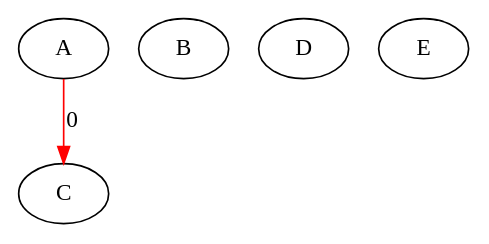
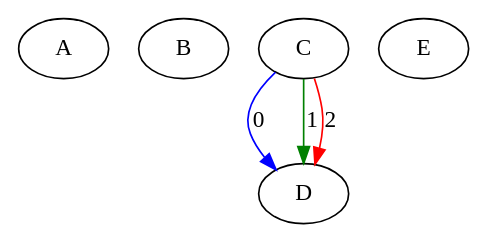
One commit to Hebbe1234/ExpectAll changed the diagram in src/assignedGraphs/assigned.dot. Above: the diagram before and after it, drawn with Graphviz. The commit also changed 2 other files, not shown here.

```diff
--- a/src/assignedGraphs/assigned.dot
+++ b/src/assignedGraphs/assigned.dot
@@ -1,8 +1,10 @@
 digraph "G" {
 A [id=0];
 B [id=1];
 C [id=2];
 D [id=3];
 E [id=4];
-A -> C  [color=red, key=0, label=0];
+C -> D  [color=blue, key=0, label=0];
+C -> D  [color=green, key=1, label=1];
+C -> D  [color=red, key=2, label=2];
 }
```
